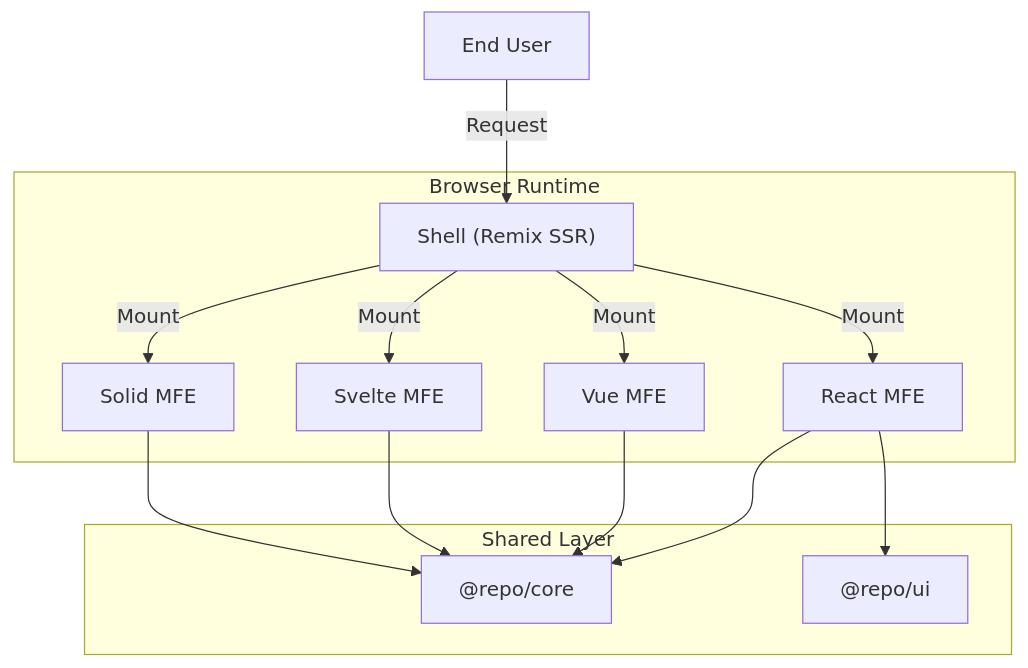
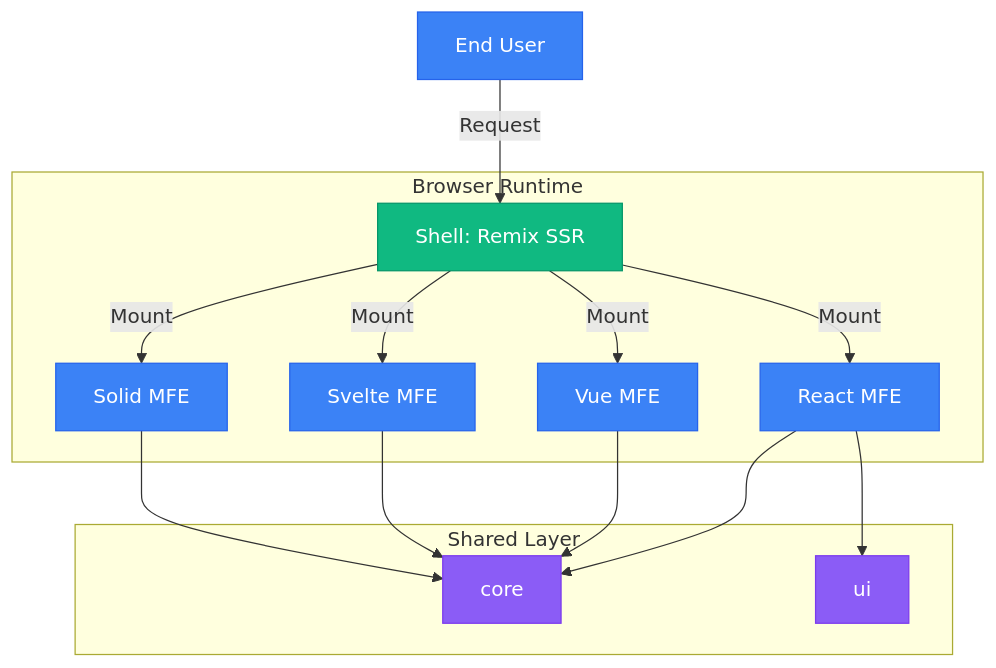
One commit to tian972k/micro-fontend-base changed the fifth of 5 diagrams in README.md. Above: the diagram before and after it, drawn with Mermaid. The commit also changed other lines of this file and 3 other files, not shown here.

First line of the commit message:
docs: add Mermaid diagram style guide with standard color palette

````diff
--- a/README.md
+++ b/README.md
@@ -426,19 +435,28 @@
 ```mermaid
 flowchart TD
-    User["End User"] -->|Request| Shell["Shell (Remix SSR)"]
+    User[End User] -->|Request| Shell[Shell: Remix SSR]
 
-    subgraph "Browser Runtime"
-        Shell -->|Mount| React["React MFE"]
-        Shell -->|Mount| Vue["Vue MFE"]
-        Shell -->|Mount| Svelte["Svelte MFE"]
-        Shell -->|Mount| Solid["Solid MFE"]
+    subgraph Runtime ["Browser Runtime"]
+        Shell -->|Mount| React[React MFE]
+        Shell -->|Mount| Vue[Vue MFE]
+        Shell -->|Mount| Svelte[Svelte MFE]
+        Shell -->|Mount| Solid[Solid MFE]
     end
 
-    subgraph "Shared Layer"
-        Core["@repo/core"]
-        UI["@repo/ui"]
+    subgraph Shared ["Shared Layer"]
+        Core[core]
+        UI[ui]
     end
 
     React & Vue & Svelte & Solid --> Core
     React --> UI
+
+    style User fill:#3b82f6,stroke:#2563eb,color:#fff
+    style Shell fill:#10b981,stroke:#059669,color:#fff
+    style React fill:#3b82f6,stroke:#2563eb,color:#fff
+    style Vue fill:#3b82f6,stroke:#2563eb,color:#fff
+    style Svelte fill:#3b82f6,stroke:#2563eb,color:#fff
+    style Solid fill:#3b82f6,stroke:#2563eb,color:#fff
+    style Core fill:#8b5cf6,stroke:#7c3aed,color:#fff
+    style UI fill:#8b5cf6,stroke:#7c3aed,color:#fff
 ```
````
